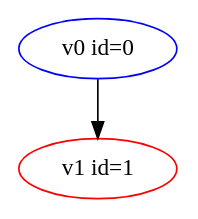
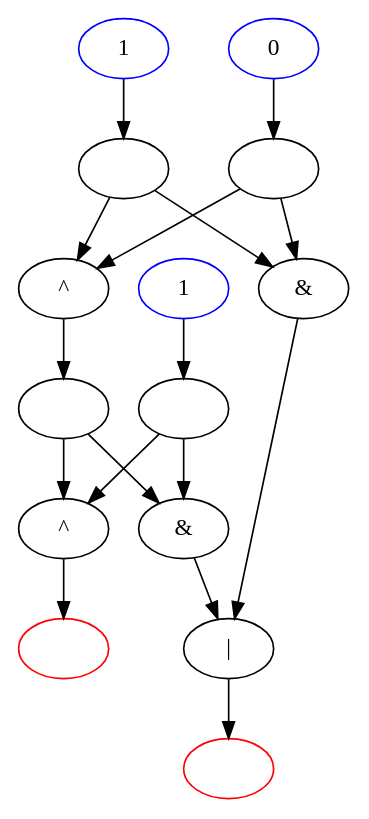
One commit to Martin-Masson/projet-graphs-python changed the diagram in digraph.dot. Above: the diagram before and after it, drawn with Graphviz. The commit also changed 11 other files, not shown here.

```diff
--- a/digraph.dot
+++ b/digraph.dot
@@ -1,7 +1,37 @@
 digraph G {
-    v0 [color=blue];
-    v0 [label="v0 id=0"];
-    v0 -> v1;
-    v1 [color=red];
-    v1 [label="v1 id=1"];
+    v9 [color=blue];
+    v9 [label="1"];
+    v9 -> v0;
+    v10 [color=blue];
+    v10 [label="0"];
+    v10 -> v1;
+    v11 [color=blue];
+    v11 [label="1"];
+    v11 -> v4;
+    v0 [label=""];
+    v0 -> v2;
+    v0 -> v5;
+    v1 [label=""];
+    v1 -> v2;
+    v1 -> v5;
+    v2 [label="^"];
+    v2 -> v3;
+    v3 [label=""];
+    v3 -> v6;
+    v3 -> v7;
+    v4 [label=""];
+    v4 -> v6;
+    v4 -> v7;
+    v5 [label="&"];
+    v5 -> v8;
+    v6 [label="&"];
+    v6 -> v8;
+    v7 [label="^"];
+    v7 -> v13;
+    v8 [label="|"];
+    v8 -> v12;
+    v12 [color=red];
+    v12 [label=""];
+    v13 [color=red];
+    v13 [label=""];
 }
```
